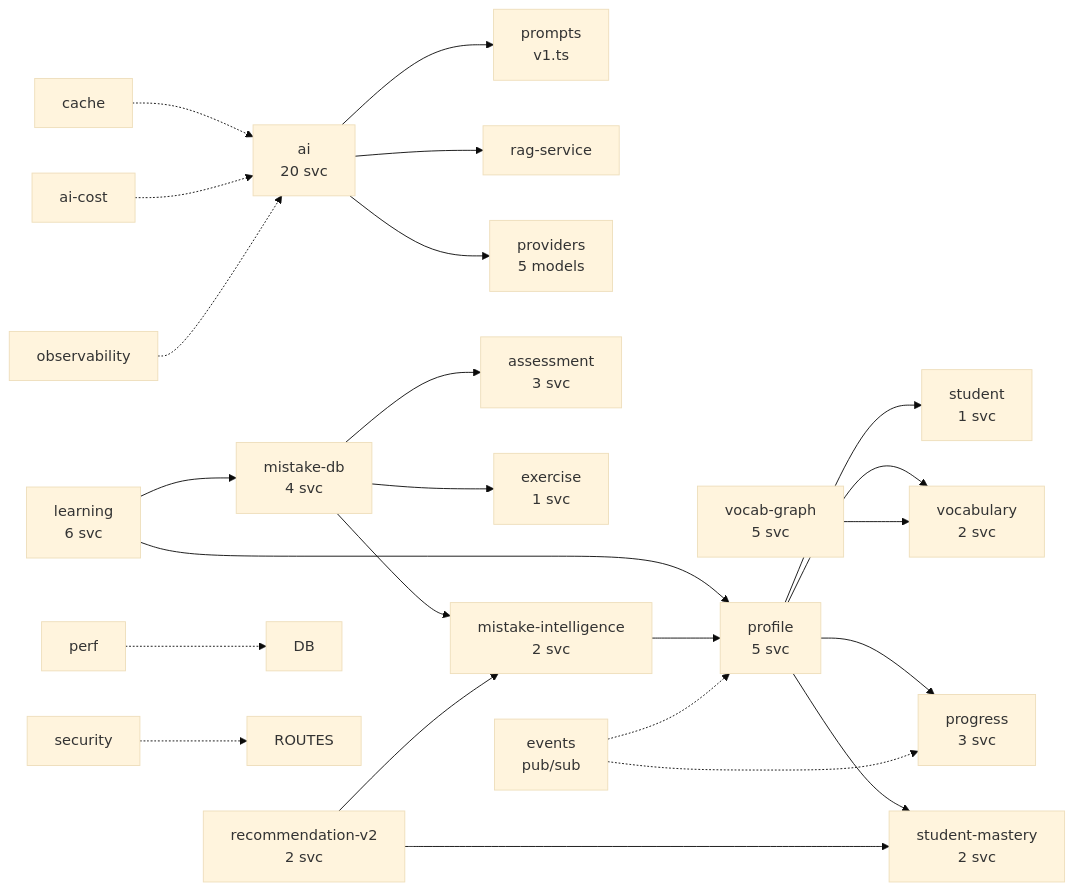
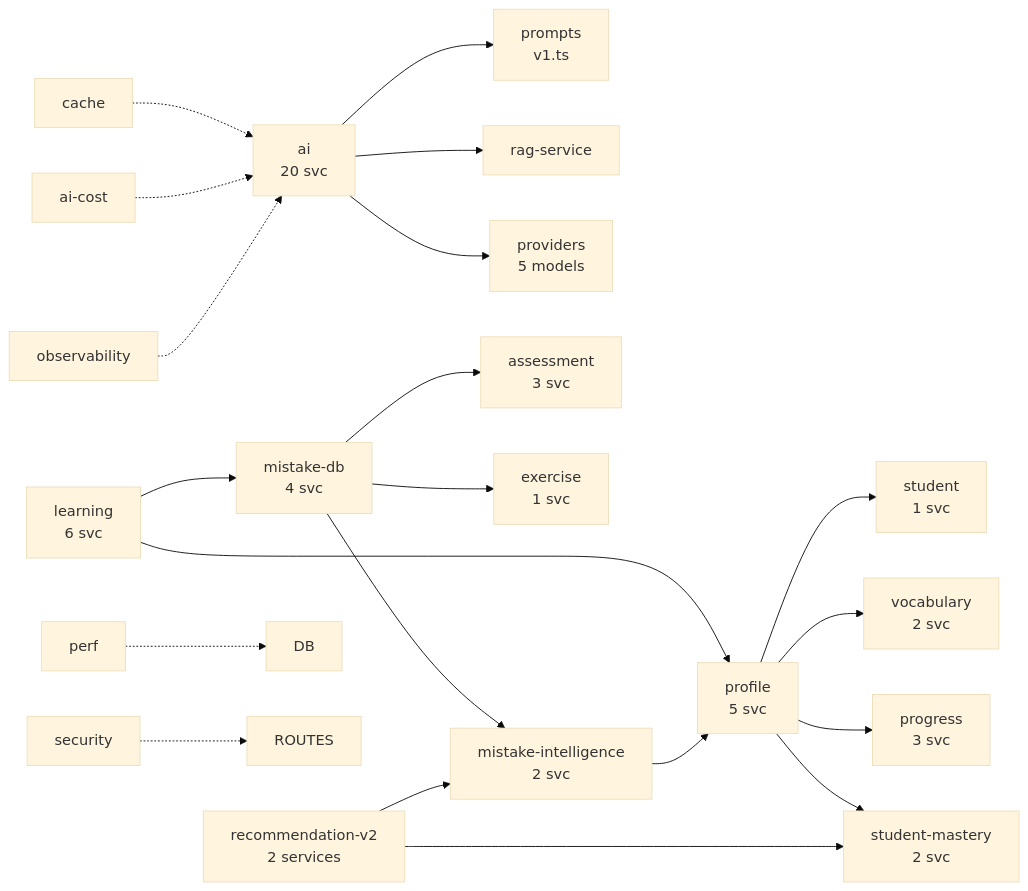
The second of 3 diagrams in docs/ARCHITECTURE.md (ipwh/ai-english-platform), drawn with Mermaid (base theme) before and after one commit. The commit also changed other lines of this file and 3 other files, not shown here.

Commit message:
v4.2 Docs: Update README (v4.2 status, 36 modules, 51 test files), CHANGELOG (full v4.2 entry), ARCHITECTURE (remove vocab-graph/events/learning-facade), CLAUDE.md (accurate counts)

````diff
--- a/docs/ARCHITECTURE.md
+++ b/docs/ARCHITECTURE.md
@@ -71,34 +71,29 @@
 ```mermaid
 graph LR
     AI[ai<br/>20 svc] --> PROMPTS[prompts<br/>v1.ts]
     AI --> RAG[rag-service]
     AI --> PROVIDERS[providers<br/>5 models]
 
     LEARNING[learning<br/>6 svc] --> PROFILE[profile<br/>5 svc]
     LEARNING --> MISTAKE[mistake-db<br/>4 svc]
 
     PROFILE --> STUDENT[student<br/>1 svc]
     PROFILE --> VOCAB[vocabulary<br/>2 svc]
     PROFILE --> PROGRESS[progress<br/>3 svc]
     PROFILE --> MASTERY[student-mastery<br/>2 svc]
 
     MISTAKE --> ASSESS[assessment<br/>3 svc]
     MISTAKE --> EXERCISE[exercise<br/>1 svc]
     MISTAKE --> MISTAKE_INTEL[mistake-intelligence<br/>2 svc]
 
     MISTAKE_INTEL --> PROFILE
 
-    RECO_V2[recommendation-v2<br/>2 svc] --> MASTERY
+    RECO_V2[recommendation-v2<br/>2 services] --> MASTERY
     RECO_V2 --> MISTAKE_INTEL
-
-    VOCAB_GRAPH[vocab-graph<br/>5 svc] --> VOCAB
-
-    EVENTS[events<br/>pub/sub] -.-> PROFILE
-    EVENTS -.-> PROGRESS
 
     CACHE[cache] -.-> AI
     COST[ai-cost] -.-> AI
     PERF[perf] -.-> DB
     SEC[security] -.-> ROUTES
     OBS[observability] -.-> AI
 ```
````
